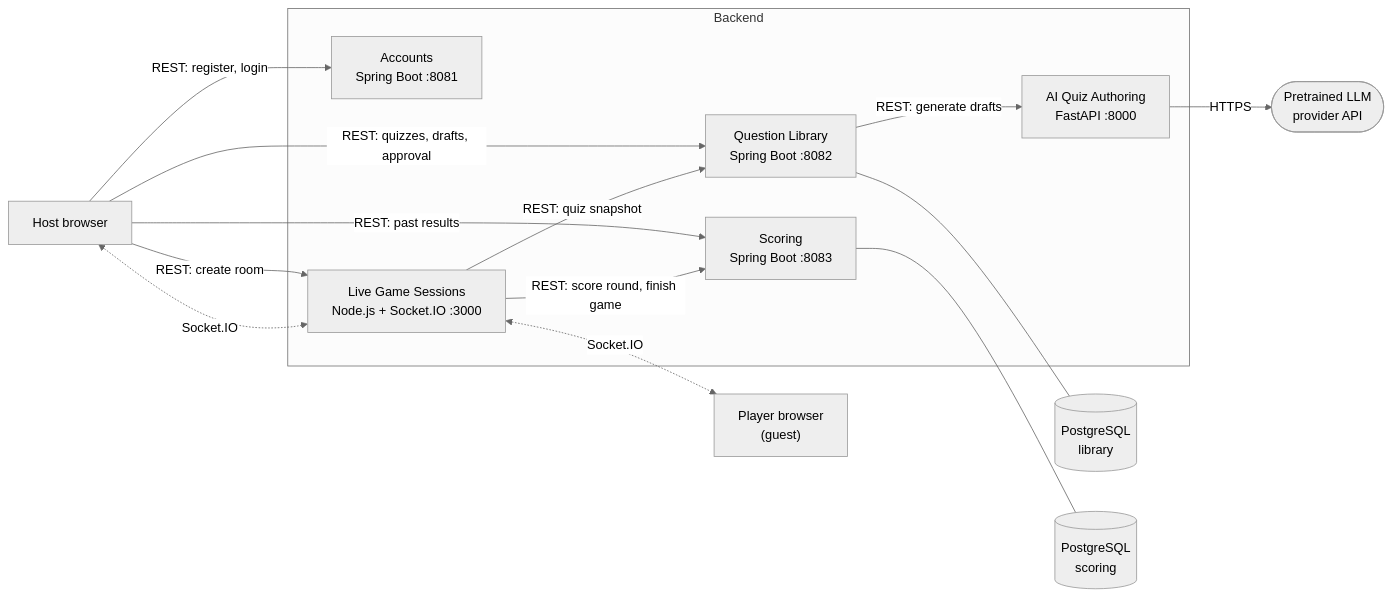
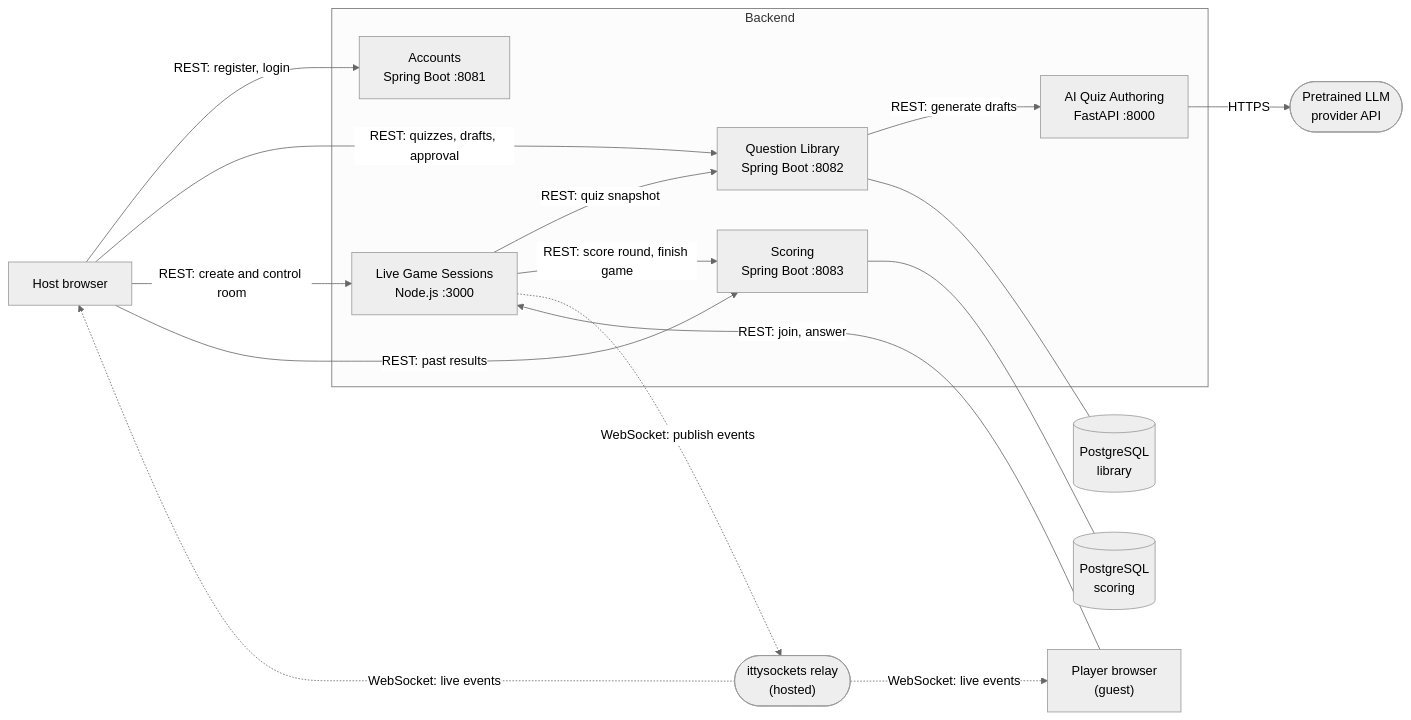
The diagram in docs/architecture.md (YusufAtakanA/QuizRoom), drawn with Mermaid (neutral theme) before and after one commit. The commit also changed other lines of this file and 9 other files, not shown here.

````diff
--- a/docs/architecture.md
+++ b/docs/architecture.md
@@ -26,33 +34,36 @@
 ```mermaid
 flowchart LR
     Host["Host browser"]
     Player["Player browser<br/>(guest)"]
 
     subgraph Backend
         ACC["Accounts<br/>Spring Boot :8081"]
         LIB["Question Library<br/>Spring Boot :8082"]
-        LGS["Live Game Sessions<br/>Node.js + Socket.IO :3000"]
+        LGS["Live Game Sessions<br/>Node.js :3000"]
         SCO["Scoring<br/>Spring Boot :8083"]
         AI["AI Quiz Authoring<br/>FastAPI :8000"]
     end
 
+    RELAY(["ittysockets relay<br/>(hosted)"])
     LLM(["Pretrained LLM<br/>provider API"])
     LIBDB[("PostgreSQL<br/>library")]
     SCODB[("PostgreSQL<br/>scoring")]
 
     Host -- "REST: register, login" --> ACC
     Host -- "REST: quizzes, drafts, approval" --> LIB
-    Host -- "REST: create room" --> LGS
+    Host -- "REST: create and control room" --> LGS
+    Player -- "REST: join, answer" --> LGS
     Host -- "REST: past results" --> SCO
 
     LIB -- "REST: generate drafts" --> AI
     AI -- "HTTPS" --> LLM
     LGS -- "REST: quiz snapshot" --> LIB
     LGS -- "REST: score round, finish game" --> SCO
 
     LIB --- LIBDB
     SCO --- SCODB
 
-    LGS <-. "Socket.IO" .-> Host
-    LGS <-. "Socket.IO" .-> Player
+    LGS -. "WebSocket: publish events" .-> RELAY
+    RELAY -. "WebSocket: live events" .-> Host
+    RELAY -. "WebSocket: live events" .-> Player
 ```
````
